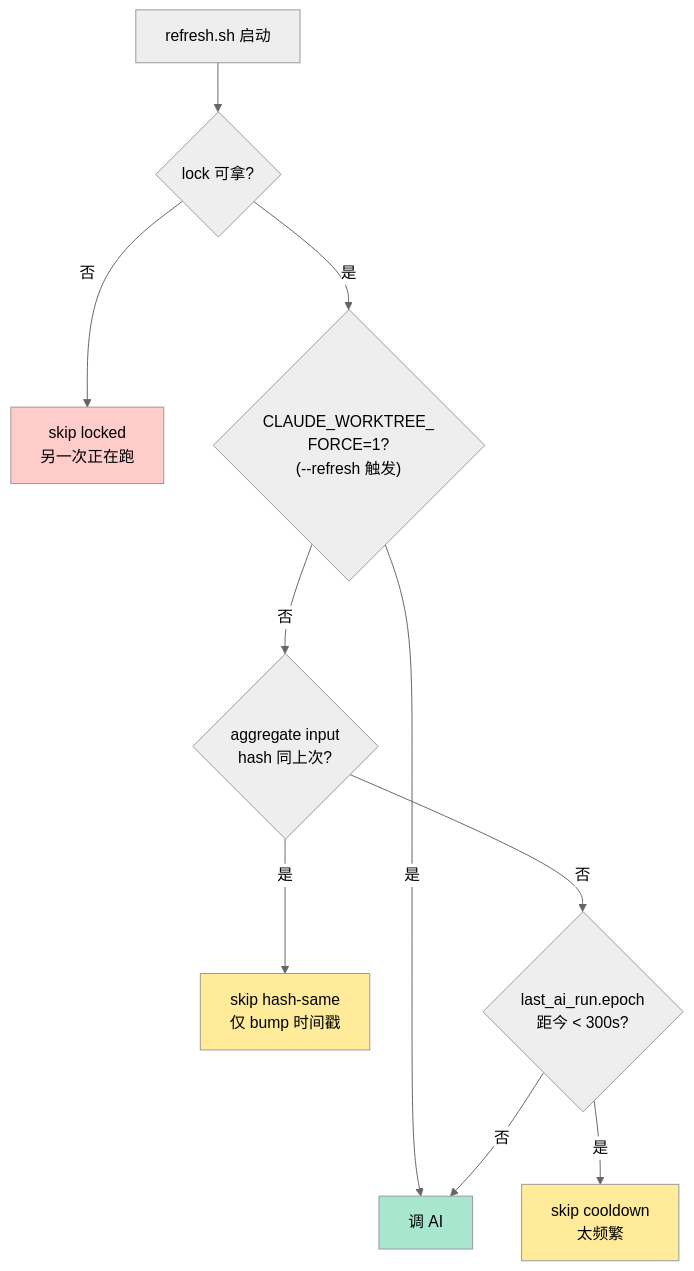
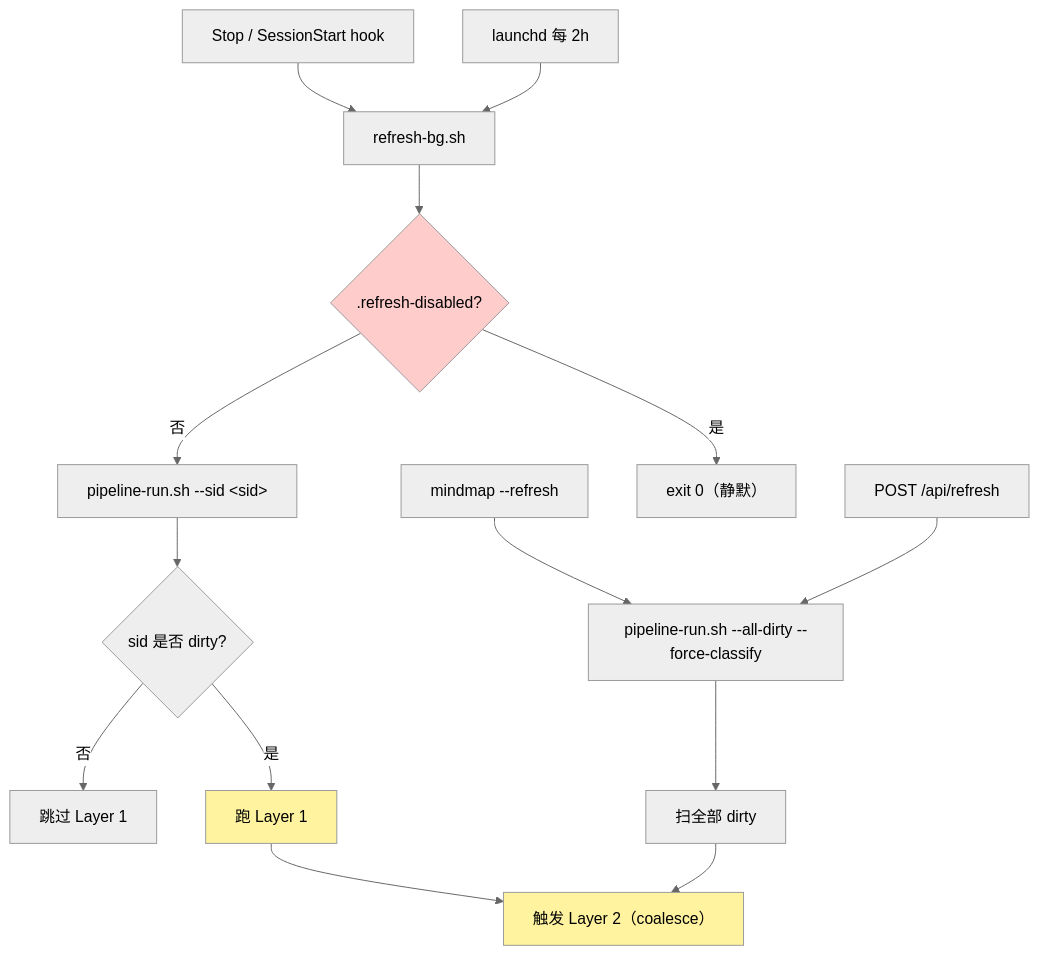
The fourth of 8 diagrams in docs/zh-CN/ARCHITECTURE.md (Icesource/claude-code-worktree), drawn with Mermaid (neutral theme) before and after one commit. The commit also changed other lines of this file and 1 other file, not shown here.

````diff
--- a/docs/zh-CN/ARCHITECTURE.md
+++ b/docs/zh-CN/ARCHITECTURE.md
@@ -342,17 +279,21 @@
 ```mermaid
 flowchart TD
-    Start["refresh.sh 启动"] --> Lock{"lock 可拿?"}
-    Lock -- "否" --> Skip1["skip locked<br/>另一次正在跑"]
-    Lock -- "是" --> Force{"CLAUDE_WORKTREE_<br/>FORCE=1?<br/>(--refresh 触发)"}
-    Force -- "是" --> Run["调 AI"]
-    Force -- "否" --> Hash{"aggregate input<br/>hash 同上次?"}
-    Hash -- "是" --> Skip2["skip hash-same<br/>仅 bump 时间戳"]
-    Hash -- "否" --> Marker{"last_ai_run.epoch<br/>距今 &lt; 300s?"}
-    Marker -- "是" --> Skip3["skip cooldown<br/>太频繁"]
-    Marker -- "否" --> Run
+    H["Stop / SessionStart hook"] --> RB["refresh-bg.sh"]
+    LA["launchd 每 2h"] --> RB
+    UR["mindmap --refresh"] --> Pipe["pipeline-run.sh --all-dirty --force-classify"]
+    API["POST /api/refresh"] --> Pipe
 
-    style Run fill:#a8e6cf,color:#000
-    style Skip1 fill:#ffcccc,color:#000
-    style Skip2 fill:#ffeb99,color:#000
-    style Skip3 fill:#ffeb99,color:#000
+    RB --> KS{".refresh-disabled?"}
+    KS -- 是 --> Exit["exit 0（静默）"]
+    KS -- 否 --> PipeSid["pipeline-run.sh --sid &lt;sid&gt;"]
+    PipeSid --> L1?{"sid 是否 dirty?"}
+    L1? -- 否 --> Skip["跳过 Layer 1"]
+    L1? -- 是 --> L1["跑 Layer 1"]
+    L1 --> L2["触发 Layer 2（coalesce）"]
+    Pipe --> Bf["扫全部 dirty"]
+    Bf --> L2
+
+    style KS fill:#fcc,color:#000
+    style L1 fill:#fff3a0,color:#000
+    style L2 fill:#fff3a0,color:#000
 ```
````
